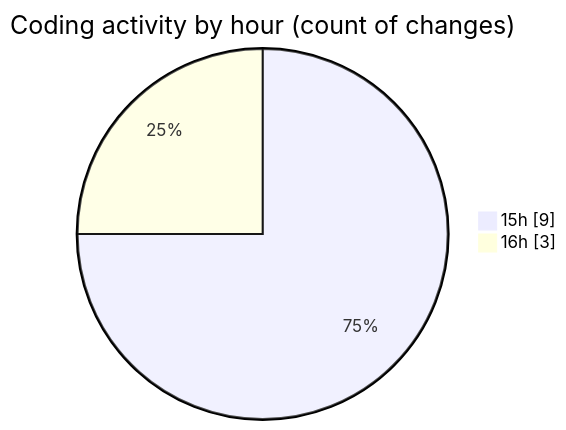
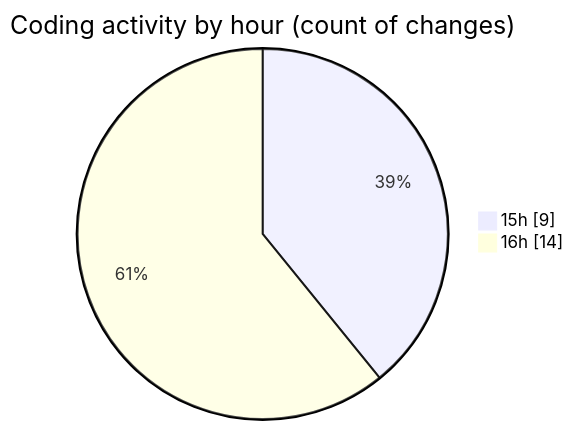
Before and after one commit to debugP/code-tracking: the second of 2 diagrams in 2026-06-30/wp-content/README.md, drawn with Mermaid. The commit also changed other lines of this file and 1 other file, not shown here.

````diff
--- a/2026-06-30/wp-content/README.md
+++ b/2026-06-30/wp-content/README.md
@@ -33,6 +35,6 @@
 ```mermaid
 pie showData
 title Coding activity by hour (count of changes)
 "15h" : 9
-"16h" : 3
+"16h" : 14
 ```
````
